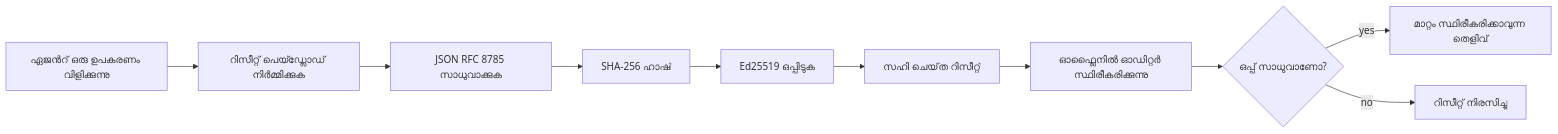
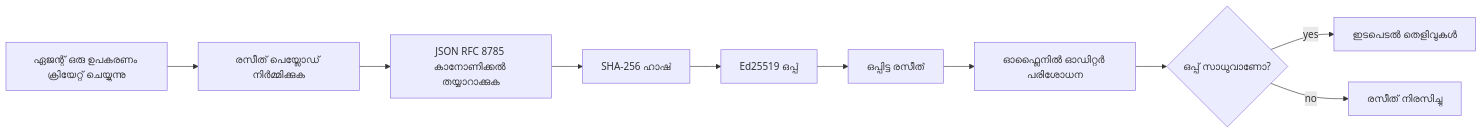
Before and after one commit to gabrielmoreira/agent-skills-mirror: the first of 2 diagrams in mirrors/repos/microsoft@ai-agents-for-beginners/translations/ml/18-securing-ai-agents/README.md, drawn with Mermaid. The commit also changed other lines of this file and 2285 other files, not shown here.

````diff
--- a/mirrors/repos/microsoft@ai-agents-for-beginners/translations/ml/18-securing-ai-agents/README.md
+++ b/mirrors/repos/microsoft@ai-agents-for-beginners/translations/ml/18-securing-ai-agents/README.md
@@ -51,12 +51,12 @@
 ```mermaid
 flowchart LR
-    A[ഏജൻറ് ഒരു ഉപകരണം വിളിക്കുന്നു] --> B[റിസീറ്റ് പെയ്ഡ്ലോഡ് നിർമ്മിക്കുക]
-    B --> C[JSON RFC 8785 സാധുവാക്കുക]
+    A[ഏജന്റ് ഒരു ഉപകരണം ക്രിയേറ്റ് ചെയ്യുന്നു] --> B[രസീത് പെയ്ലോഡ് നിർമ്മിക്കുക]
+    B --> C[JSON RFC 8785 കാനോണിക്കൽ തയ്യാറാക്കുക]
     C --> D[SHA-256 ഹാഷ്]
-    D --> E[Ed25519 ഒപ്പിടുക]
-    E --> F[സഹി ചെയ്‌ത റിസീറ്റ്]
-    F --> G[ഓഫ്ലൈനിൽ ഓഡിറ്റർ സ്ഥിരീകരിക്കുന്നു]
+    D --> E[Ed25519 ഒപ്പ്]
+    E --> F[ഒപ്പിട്ട രസീത്]
+    F --> G[ഓഫ്ലൈനിൽ ഓഡിറ്റർ പരിശോധന]
     G --> H{ഒപ്പ് സാധുവാണോ?}
-    H -- yes --> I[മാറ്റം സ്ഥിരീകരിക്കാവുന്ന തെളിവ്]
-    H -- no --> J[റിസീറ്റ് നിരസിച്ചു]
+    H -- yes --> I[ഇടപെടൽ തെളിവുകൾ]
+    H -- no --> J[രസീത് നിരസിച്ചു]
 ```
````
